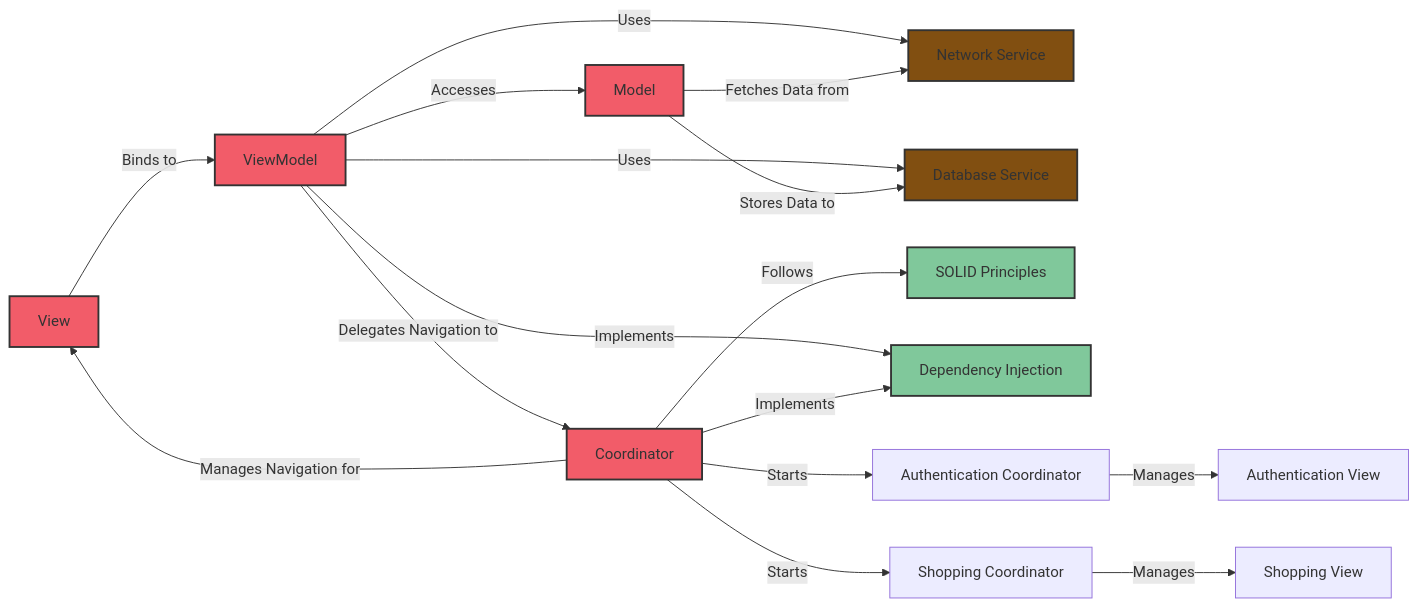
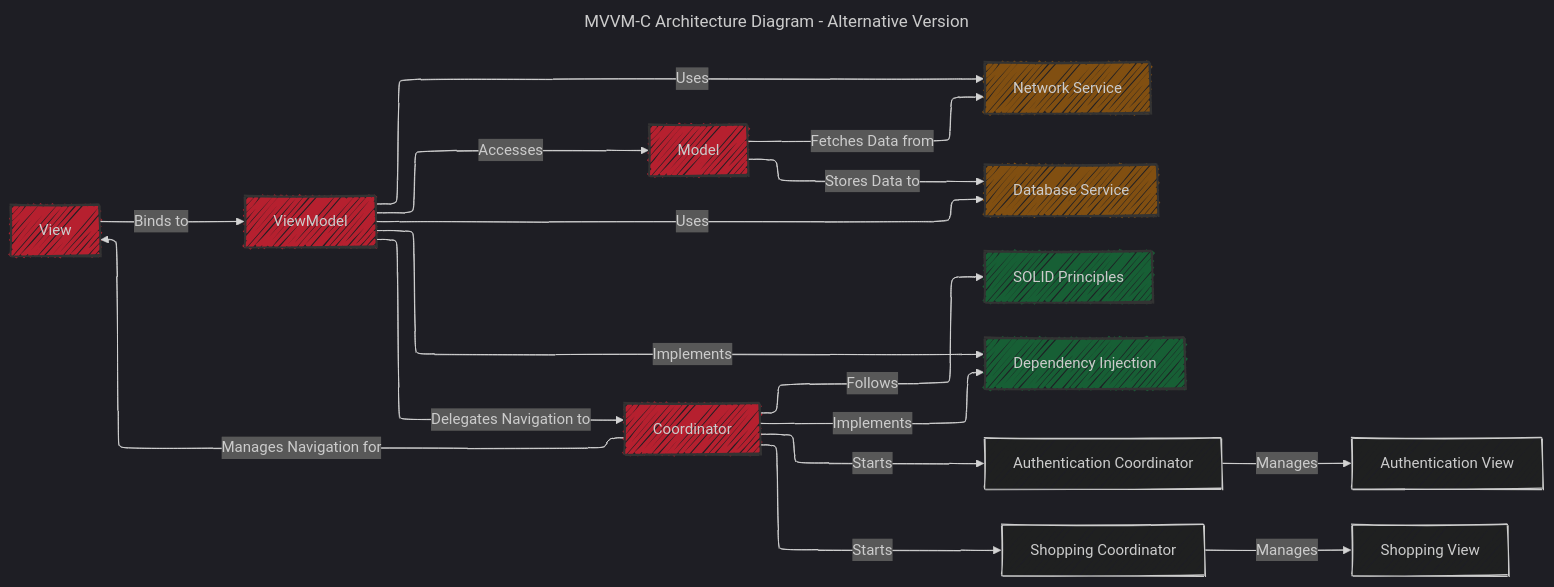
Before and after one commit to CongLeSolutionX/iOS-development-vault: the diagram in Design_Patterns/MVVM-C.md, drawn with Mermaid. The commit also changed 6 other files, not shown here.

````diff
--- a/Design_Patterns/MVVM-C.md
+++ b/Design_Patterns/MVVM-C.md
@@ -20,54 +20,60 @@
 ```mermaid
-%% MVVM-C Architecture Diagram - Alternative Version
+---
+title: MVVM-C Architecture Diagram - Alternative Version
+config:
+  layout: elk
+  look: handDrawn
+  theme: dark
+---
 
 graph LR
     %% Core Components
     Model[Model]
     View[View]
     ViewModel[ViewModel]
     Coordinator[Coordinator]
 
     %% Services
     NetworkService[Network Service]
     DatabaseService[Database Service]
 
     %% Design Patterns
     SOLID[SOLID Principles]
     DI[Dependency Injection]
 
     %% Child Coordinators
     ChildCoordinator1[Authentication Coordinator]
     ChildCoordinator2[Shopping Coordinator]
 
     %% Relationships
     View -->|Binds to| ViewModel
     ViewModel -->|Accesses| Model
     ViewModel -->|Uses| NetworkService
     ViewModel -->|Uses| DatabaseService
     ViewModel -->|Delegates Navigation to| Coordinator
     Coordinator -->|Manages Navigation for| View
     Coordinator -->|Starts| ChildCoordinator1
     Coordinator -->|Starts| ChildCoordinator2
     ChildCoordinator1 -->|Manages| AuthView[Authentication View]
     ChildCoordinator2 -->|Manages| ShopView[Shopping View]
 
     %% Services Relationships
     Model -->|Fetches Data from| NetworkService
     Model -->|Stores Data to| DatabaseService
 
     %% Design Patterns Relationships
     Coordinator -->|Follows| SOLID
     ViewModel -->|Implements| DI
     Coordinator -->|Implements| DI
 
     %% Styling
     classDef core fill:#e23b,stroke:#333,stroke-width:2px;
     classDef service fill:#814f11,stroke:#333,stroke-width:2px;
     classDef design fill:#1948,stroke:#333,stroke-width:2px;
     classDef relationship stroke:#000,stroke-width:1px,stroke-dasharray: 2 2;
 
     class Model,View,ViewModel,Coordinator core;
     class NetworkService,DatabaseService service;
     class SOLID,DI design;
 
 ```
````
